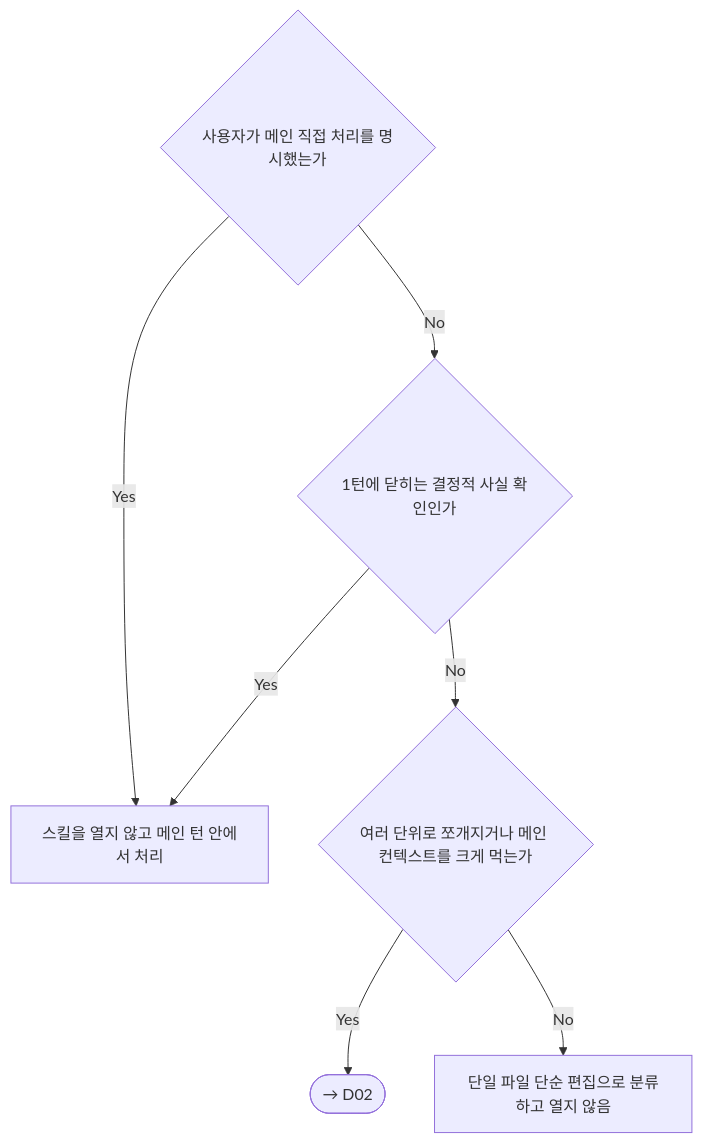
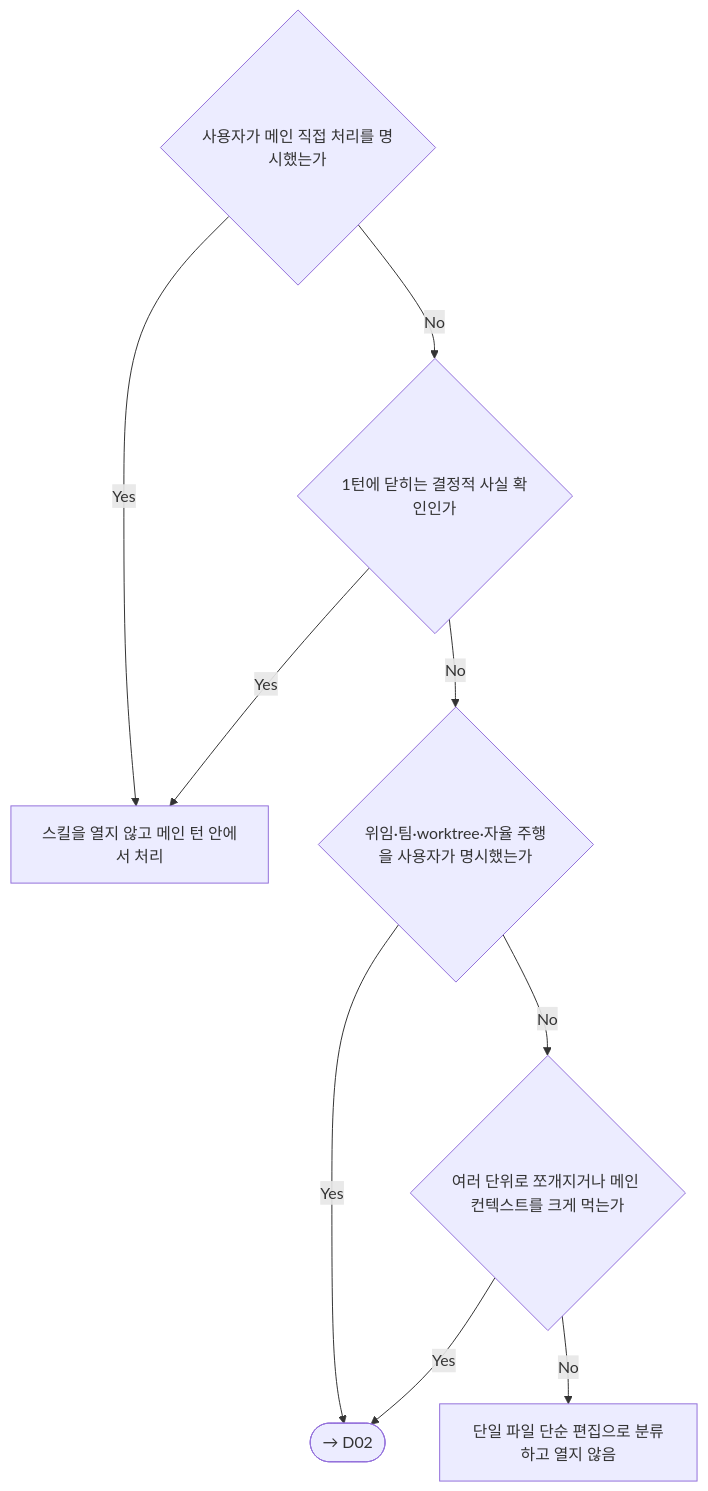
The first of 3 diagrams in plugins/atelier/skills/orchestrator/SKILL.md (kys0213/kys-claude-plugin), drawn with Mermaid before and after one commit. The commit also changed other lines of this file, not shown here.

First line of the commit message:
docs(atelier): close router graph gaps

````diff
--- a/plugins/atelier/skills/orchestrator/SKILL.md
+++ b/plugins/atelier/skills/orchestrator/SKILL.md
@@ -22,9 +22,11 @@
 ```mermaid
 flowchart TD
   D01_q1{"사용자가 메인 직접 처리를 명시했는가"} -->|Yes| D01_t1["스킬을 열지 않고 메인 턴 안에서 처리"]
   D01_q1 -->|No| D01_q2{"1턴에 닫히는 결정적 사실 확인인가"}
   D01_q2 -->|Yes| D01_t1
-  D01_q2 -->|No| D01_q3{"여러 단위로 쪼개지거나 메인 컨텍스트를 크게 먹는가"}
+  D01_q2 -->|No| D01_q3{"위임·팀·worktree·자율 주행을 사용자가 명시했는가"}
   D01_q3 -->|Yes| D01_n1(["→ D02"])
-  D01_q3 -->|No| D01_t2["단일 파일 단순 편집으로 분류하고 열지 않음"]
+  D01_q3 -->|No| D01_q4{"여러 단위로 쪼개지거나 메인 컨텍스트를 크게 먹는가"}
+  D01_q4 -->|Yes| D01_n1
+  D01_q4 -->|No| D01_t2["단일 파일 단순 편집으로 분류하고 열지 않음"]
 ```
````
